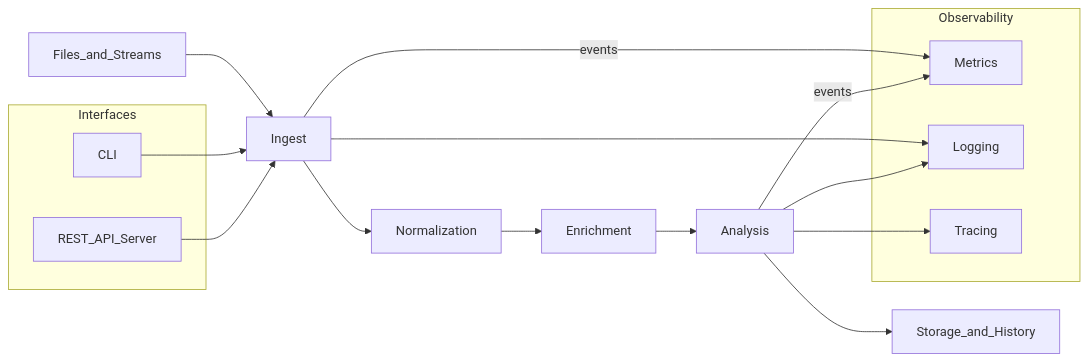
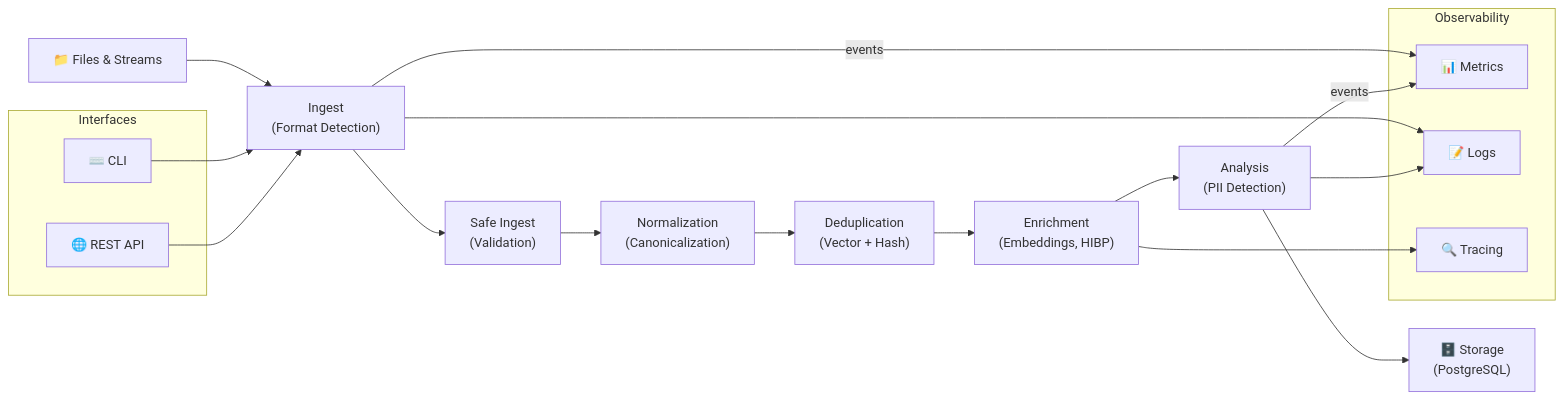
One commit to JEleniel/dumptruck changed the diagram in docs/architecture/diagrams/pipeline.md. Above: the diagram before and after it, drawn with Mermaid. The commit also changed other lines of this file and 56 other files, not shown here.

First line of the commit message:
Add comprehensive test fixtures and end-to-end tests for PII/NPI detection

````diff
--- a/docs/architecture/diagrams/pipeline.md
+++ b/docs/architecture/diagrams/pipeline.md
@@ -5,30 +5,30 @@
 ```mermaid
 flowchart LR
-  Sources[Files_and_Streams] --> Ingest[Ingest]
-  Ingest --> Normalization[Normalization]
-  Normalization --> Enrichment[Enrichment]
-  Enrichment --> Analysis[Analysis]
-  Analysis --> Storage_History[Storage_and_History]
+  Sources["📁 Files & Streams"] --> Ingest["Ingest<br/>(Format Detection)"]
+  Ingest --> Safe["Safe Ingest<br/>(Validation)"]
+  Safe --> Normalization["Normalization<br/>(Canonicalization)"]
+  Normalization --> Dedup["Deduplication<br/>(Vector + Hash)"]
+  Dedup --> Enrichment["Enrichment<br/>(Embeddings, HIBP)"]
+  Enrichment --> Analysis["Analysis<br/>(PII Detection)"]
+  Analysis --> Storage["🗄️ Storage<br/>(PostgreSQL)"]
 
   subgraph Interfaces
-    CLI[CLI]
-    API[REST_API_Server]
+    CLI["⌨️ CLI"] 
+    API["🌐 REST API"]
   end
 
   CLI --> Ingest
   API --> Ingest
 
   subgraph Observability
-    Metrics[Metrics]
-    Logs[Logging]
-    Tracing[Tracing]
+    Metrics["📊 Metrics"]
+    Logs["📝 Logs"]
+    Tracing["🔍 Tracing"]
   end
 
   Ingest -->|events| Metrics
   Analysis -->|events| Metrics
   Ingest --> Logs
   Analysis --> Logs
-  Analysis --> Tracing
-
-  
+  Enrichment --> Tracing
 ```
````
